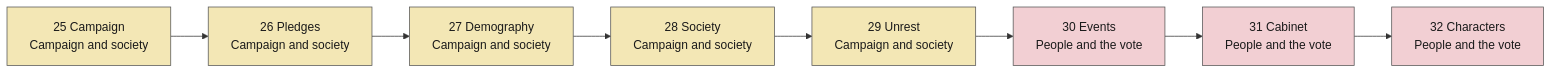
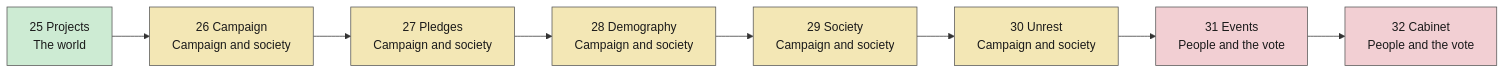
One commit to powerbassist/World-simulator changed the fourth of 5 diagrams in docs/tick-order.md. Above: the diagram before and after it, drawn with Mermaid. The commit also changed other lines of this file and 19 other files, not shown here.

````diff
--- a/docs/tick-order.md
+++ b/docs/tick-order.md
@@ -84,18 +84,18 @@
 ```mermaid
 flowchart LR
-  s25["25 Campaign<br/>Campaign and society"]:::g4
-  s26["26 Pledges<br/>Campaign and society"]:::g4
-  s27["27 Demography<br/>Campaign and society"]:::g4
-  s28["28 Society<br/>Campaign and society"]:::g4
-  s29["29 Unrest<br/>Campaign and society"]:::g4
-  s30["30 Events<br/>People and the vote"]:::g5
-  s31["31 Cabinet<br/>People and the vote"]:::g5
-  s32["32 Characters<br/>People and the vote"]:::g5
+  s25["25 Projects<br/>The world"]:::g3
+  s26["26 Campaign<br/>Campaign and society"]:::g4
+  s27["27 Pledges<br/>Campaign and society"]:::g4
+  s28["28 Demography<br/>Campaign and society"]:::g4
+  s29["29 Society<br/>Campaign and society"]:::g4
+  s30["30 Unrest<br/>Campaign and society"]:::g4
+  s31["31 Events<br/>People and the vote"]:::g5
+  s32["32 Cabinet<br/>People and the vote"]:::g5
   s25 --> s26 --> s27 --> s28 --> s29 --> s30 --> s31 --> s32
   classDef g0 fill:#cfe3f7,stroke:#555,color:#1a1a1a
   classDef g1 fill:#f6dcc2,stroke:#555,color:#1a1a1a
   classDef g2 fill:#dccff0,stroke:#555,color:#1a1a1a
   classDef g3 fill:#cdebd3,stroke:#555,color:#1a1a1a
   classDef g4 fill:#f3e7b5,stroke:#555,color:#1a1a1a
   classDef g5 fill:#f2cfd3,stroke:#555,color:#1a1a1a
 ```
````
